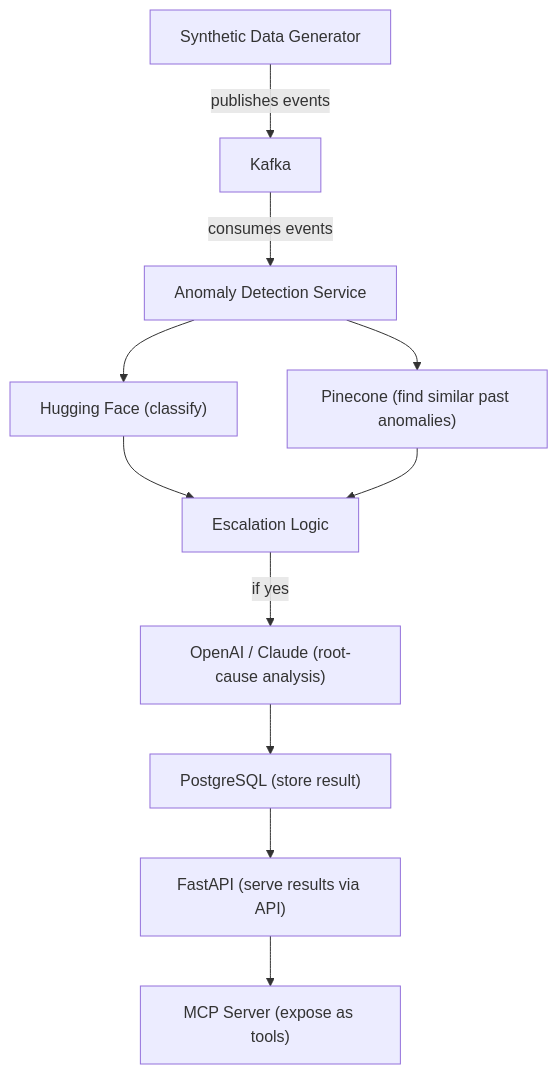
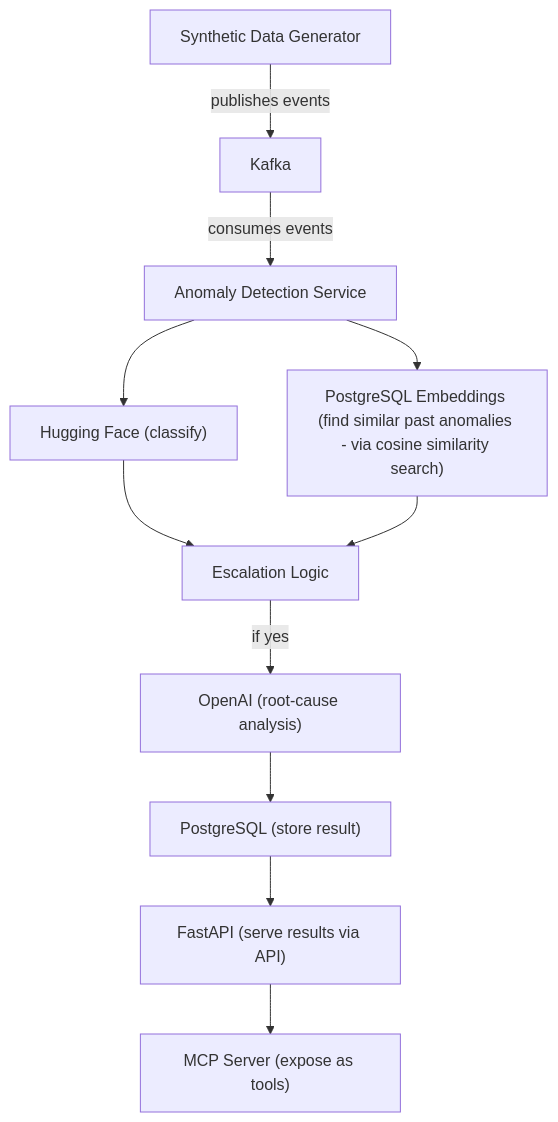
The diagram in README.md (Baref0ot/AI-Interface-health-monitor), drawn with Mermaid before and after one commit.

Commit message:
Updated README architectural diagram

````diff
--- a/README.md
+++ b/README.md
@@ -20,17 +20,17 @@
 ```mermaid
 flowchart TD;
     A[Synthetic Data Generator] -->|publishes events| B[Kafka];
     B -->|consumes events| C[Anomaly Detection Service];
 
     C --> D["Hugging Face (classify)"];
-    C --> E["Pinecone (find similar past anomalies)"];
+    C --> E["PostgreSQL Embeddings (find similar past anomalies - via cosine similarity search)"];
 
     D --> F[Escalation Logic];
     E --> F;
 
-    F -->|if yes| G["OpenAI / Claude (root-cause analysis)"];
+    F -->|if yes| G["OpenAI (root-cause analysis)"];
 
     G --> H["PostgreSQL (store result)"];
     H --> I["FastAPI (serve results via API)"];
     I --> J["MCP Server (expose as tools)"];
 ```
````
